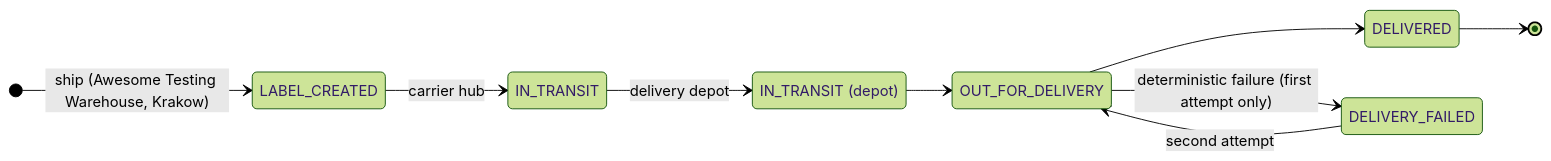
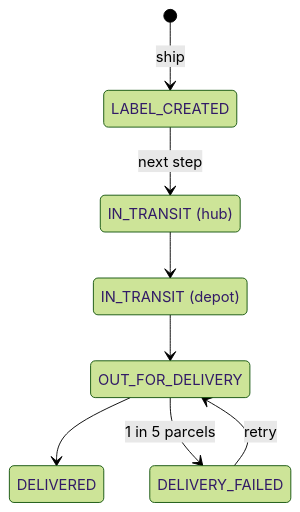
One commit to slawekradzyminski/awesome-localstack changed the diagram in docs-site/docs/flows/tracking.md. Above: the diagram before and after it, drawn with Mermaid (forest theme). The commit also changed 27 other files, not shown here.

First line of the commit message:
Fix unrendered wiki diagrams and make every diagram readable

````diff
--- a/docs-site/docs/flows/tracking.md
+++ b/docs-site/docs/flows/tracking.md
@@ -23,13 +23,12 @@
 ```mermaid
 stateDiagram-v2
-    direction LR
-    [*] --> LABEL_CREATED: ship (Awesome Testing Warehouse, Krakow)
-    LABEL_CREATED --> IN_TRANSIT: carrier hub
-    IN_TRANSIT --> IN_TRANSIT_DEPOT: delivery depot
-    IN_TRANSIT_DEPOT --> OUT_FOR_DELIVERY
+    [*] --> LABEL_CREATED: ship
+    LABEL_CREATED --> HUB: next step
+    HUB --> DEPOT
+    DEPOT --> OUT_FOR_DELIVERY
     OUT_FOR_DELIVERY --> DELIVERED
-    OUT_FOR_DELIVERY --> DELIVERY_FAILED: deterministic failure (first attempt only)
-    DELIVERY_FAILED --> OUT_FOR_DELIVERY: second attempt
-    DELIVERED --> [*]
-    state "IN_TRANSIT (depot)" as IN_TRANSIT_DEPOT
+    OUT_FOR_DELIVERY --> DELIVERY_FAILED: 1 in 5 parcels
+    DELIVERY_FAILED --> OUT_FOR_DELIVERY: retry
+    state "IN_TRANSIT (hub)" as HUB
+    state "IN_TRANSIT (depot)" as DEPOT
 ```
````
